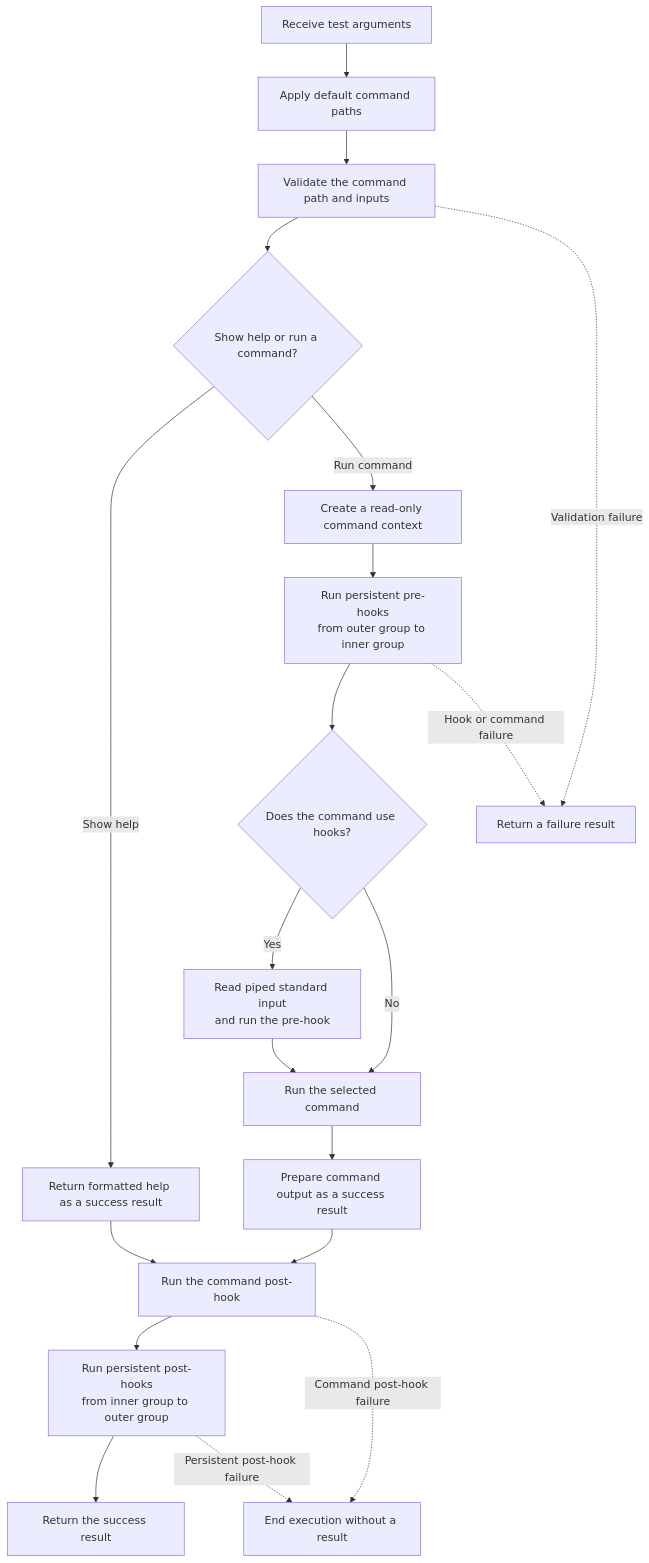
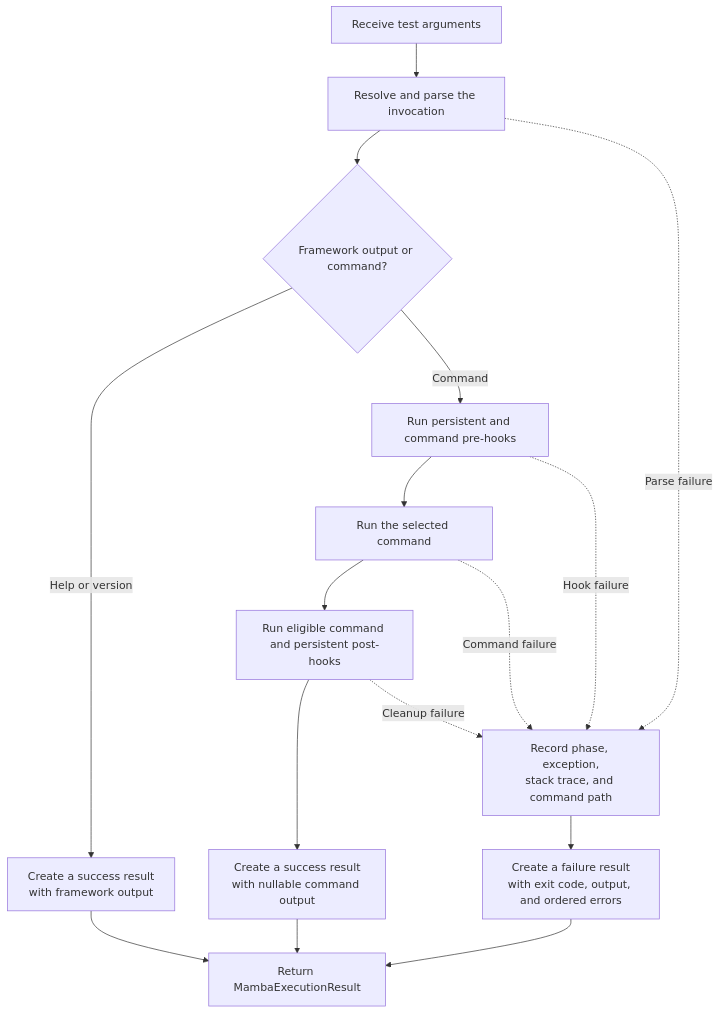
Before and after one commit to louiss0/mamba: the second of 2 diagrams in docs/src/content/docs/reference/executor.md, drawn with Mermaid. The commit also changed other lines of this file and 15 other files, not shown here.

Commit message:
docs(mamba): refresh Dart 3.13 guides and diagrams

````diff
--- a/docs/src/content/docs/reference/executor.md
+++ b/docs/src/content/docs/reference/executor.md
@@ -63,24 +91,20 @@
 ```mermaid
 flowchart TD
-    A["Receive test arguments"] --> B["Apply default command paths"]
-    B --> C["Validate the command path and inputs"]
-    C --> D{"Show help or run a command?"}
+    A["Receive test arguments"] --> B["Resolve and parse the invocation"]
+    B --> C{"Framework output or command?"}
+    C -->|Help or version| D["Create a success result<br/>with framework output"]
+    C -->|Command| E["Run persistent and command pre-hooks"]
+    E --> F["Run the selected command"]
+    F --> G["Run eligible command and persistent post-hooks"]
+    G --> H["Create a success result<br/>with nullable command output"]
 
-    D -->|Show help| E["Return formatted help as a success result"]
-    D -->|Run command| F["Create a read-only command context"]
-    F --> G["Run persistent pre-hooks<br/>from outer group to inner group"]
-    G --> H{"Does the command use hooks?"}
-    H -->|Yes| I["Read piped standard input<br/>and run the pre-hook"]
-    H -->|No| J["Run the selected command"]
-    I --> J
-    J --> K["Prepare command output as a success result"]
-    E --> L["Run the command post-hook"]
-    K --> L
-    L --> M["Run persistent post-hooks<br/>from inner group to outer group"]
-    M --> N["Return the success result"]
+    B -. "Parse failure" .-> I["Record phase, exception,<br/>stack trace, and command path"]
+    E -. "Hook failure" .-> I
+    F -. "Command failure" .-> I
+    G -. "Cleanup failure" .-> I
+    I --> J["Create a failure result<br/>with exit code, output, and ordered errors"]
 
-    C -. "Validation failure" .-> O["Return a failure result"]
-    G -. "Hook or command failure" .-> O
-    L -. "Command post-hook failure" .-> P["End execution without a result"]
-    M -. "Persistent post-hook failure" .-> P
+    D --> K["Return MambaExecutionResult"]
+    H --> K
+    J --> K
 ```
````
